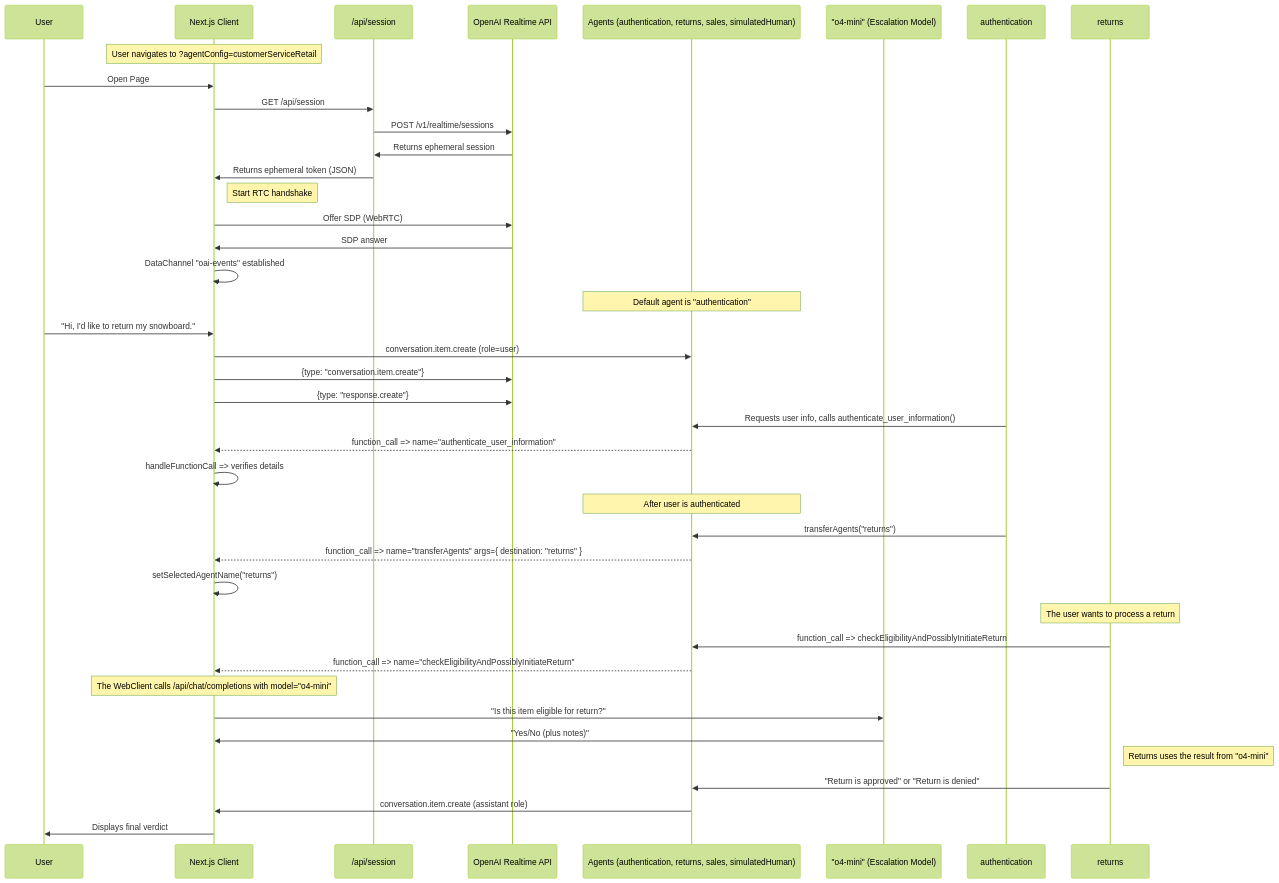
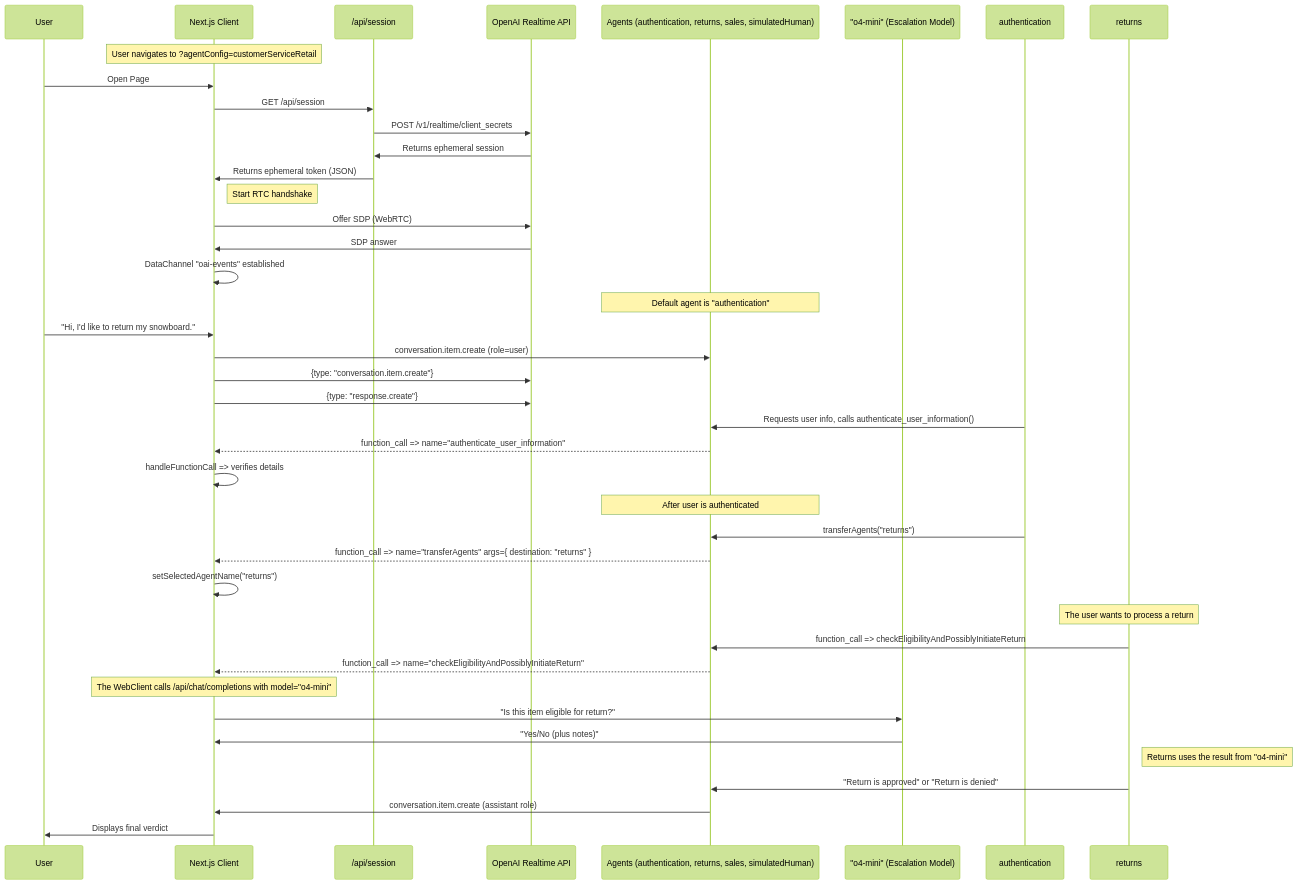
Before and after one commit to MizukiMachine/MCPCoordinator: the second of 2 diagrams in README.md, drawn with Mermaid (forest theme). The commit also changed other lines of this file and 13 other files, not shown here.

````diff
--- a/README.md
+++ b/README.md
@@ -162,49 +163,49 @@
 ```mermaid
 sequenceDiagram
     participant User
     participant WebClient as Next.js Client
     participant NextAPI as /api/session
     participant RealtimeAPI as OpenAI Realtime API
     participant AgentManager as Agents (authentication, returns, sales, simulatedHuman)
     participant o1mini as "o4-mini" (Escalation Model)
 
     Note over WebClient: User navigates to ?agentConfig=customerServiceRetail
     User->>WebClient: Open Page
     WebClient->>NextAPI: GET /api/session
-    NextAPI->>RealtimeAPI: POST /v1/realtime/sessions
+    NextAPI->>RealtimeAPI: POST /v1/realtime/client_secrets
     RealtimeAPI->>NextAPI: Returns ephemeral session
     NextAPI->>WebClient: Returns ephemeral token (JSON)
 
     Note right of WebClient: Start RTC handshake
     WebClient->>RealtimeAPI: Offer SDP (WebRTC)
     RealtimeAPI->>WebClient: SDP answer
     WebClient->>WebClient: DataChannel "oai-events" established
 
     Note over AgentManager: Default agent is "authentication"
     User->>WebClient: "Hi, I'd like to return my snowboard."
     WebClient->>AgentManager: conversation.item.create (role=user)
     WebClient->>RealtimeAPI: {type: "conversation.item.create"}
     WebClient->>RealtimeAPI: {type: "response.create"}
 
     authentication->>AgentManager: Requests user info, calls authenticate_user_information()
     AgentManager-->>WebClient: function_call => name="authenticate_user_information"
     WebClient->>WebClient: handleFunctionCall => verifies details
 
     Note over AgentManager: After user is authenticated
     authentication->>AgentManager: transferAgents("returns")
     AgentManager-->>WebClient: function_call => name="transferAgents" args={ destination: "returns" }
     WebClient->>WebClient: setSelectedAgentName("returns")
 
     Note over returns: The user wants to process a return
     returns->>AgentManager: function_call => checkEligibilityAndPossiblyInitiateReturn
     AgentManager-->>WebClient: function_call => name="checkEligibilityAndPossiblyInitiateReturn"
 
     Note over WebClient: The WebClient calls /api/chat/completions with model="o4-mini"
     WebClient->>o1mini: "Is this item eligible for return?"
     o1mini->>WebClient: "Yes/No (plus notes)"
 
     Note right of returns: Returns uses the result from "o4-mini"
     returns->>AgentManager: "Return is approved" or "Return is denied"
     AgentManager->>WebClient: conversation.item.create (assistant role)
     WebClient->>User: Displays final verdict
 ```
````
